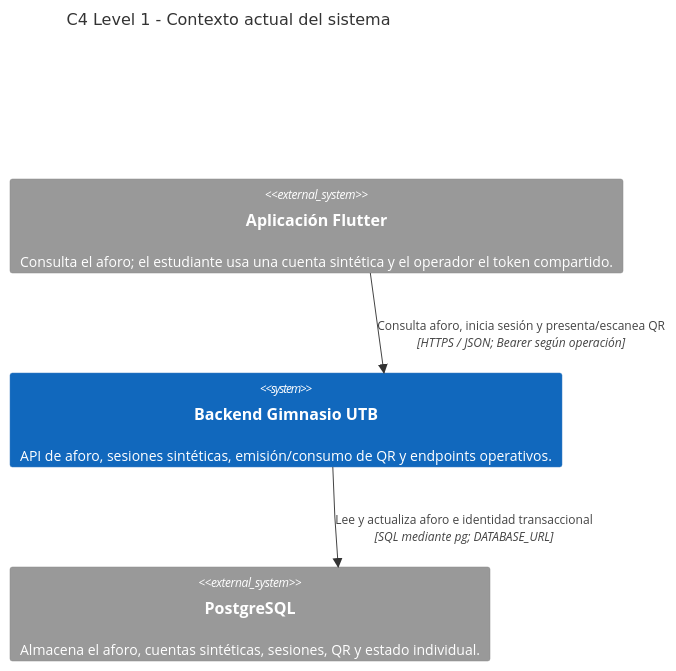
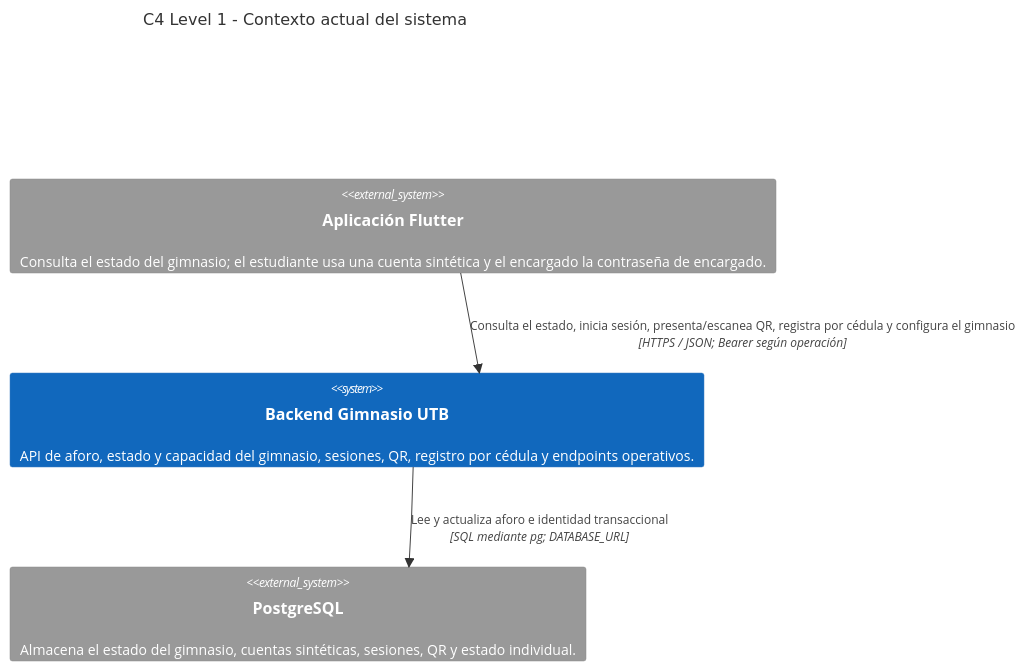
One commit to ISCOUTB/AS_202620_GimnasioUTB changed the diagram in docs/c4/c4_level1.md. Above: the diagram before and after it, drawn with Mermaid. The commit also changed other lines of this file and 9 other files, not shown here.

````diff
--- a/docs/c4/c4_level1.md
+++ b/docs/c4/c4_level1.md
@@ -1,11 +1,11 @@
 ```mermaid
 C4Context
     title C4 Level 1 - Contexto actual del sistema
 
-    System_Ext(cliente, "Aplicación Flutter", "Consulta el aforo; el estudiante usa una cuenta sintética y el operador el token compartido.")
-    System(backend, "Backend Gimnasio UTB", "API de aforo, sesiones sintéticas, emisión/consumo de QR y endpoints operativos.")
-    System_Ext(postgres, "PostgreSQL", "Almacena el aforo, cuentas sintéticas, sesiones, QR y estado individual.")
+    System_Ext(cliente, "Aplicación Flutter", "Consulta el estado del gimnasio; el estudiante usa una cuenta sintética y el encargado la contraseña de encargado.")
+    System(backend, "Backend Gimnasio UTB", "API de aforo, estado y capacidad del gimnasio, sesiones, QR, registro por cédula y endpoints operativos.")
+    System_Ext(postgres, "PostgreSQL", "Almacena el estado del gimnasio, cuentas sintéticas, sesiones, QR y estado individual.")
 
-    Rel(cliente, backend, "Consulta aforo, inicia sesión y presenta/escanea QR", "HTTPS / JSON; Bearer según operación")
+    Rel(cliente, backend, "Consulta el estado, inicia sesión, presenta/escanea QR, registra por cédula y configura el gimnasio", "HTTPS / JSON; Bearer según operación")
     Rel(backend, postgres, "Lee y actualiza aforo e identidad transaccional", "SQL mediante pg; DATABASE_URL")
 ```
````
